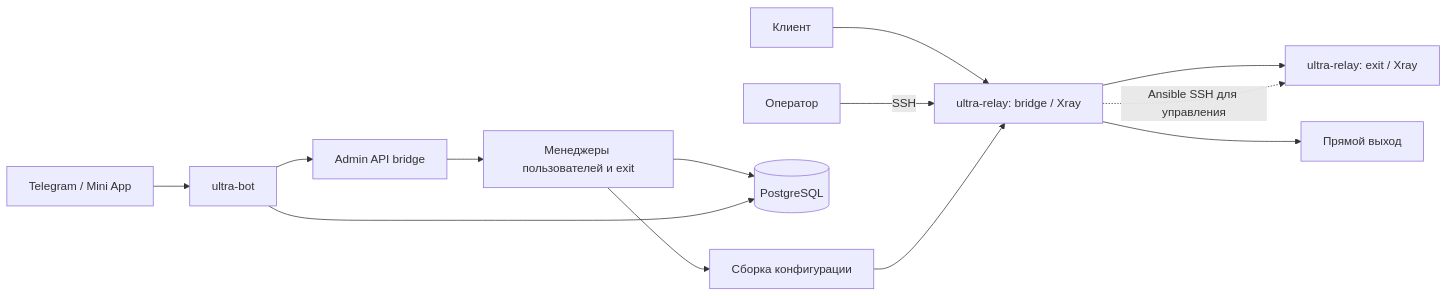
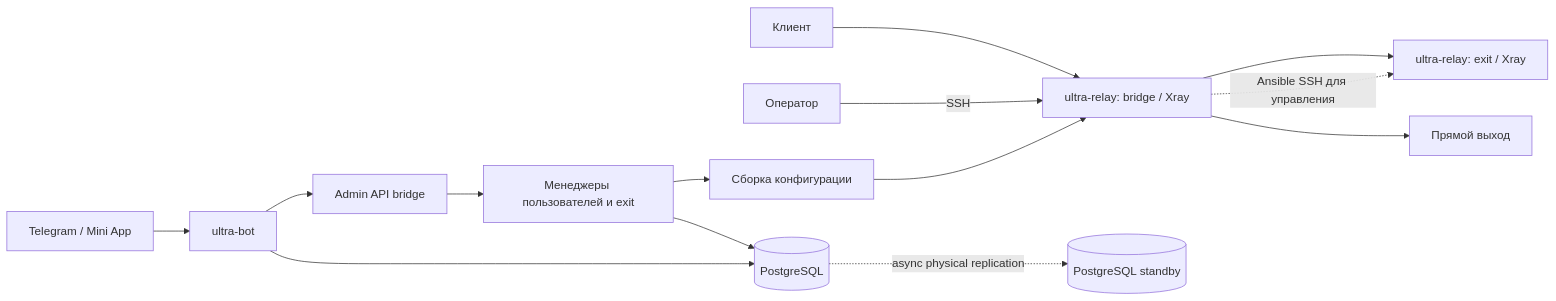
The diagram in docs/architecture.md (NikitaDmitryuk/ultra), drawn with Mermaid before and after one commit. The commit also changed other lines of this file and 22 other files, not shown here.

Commit message:
feat: add bridge postgres standby

````diff
--- a/docs/architecture.md
+++ b/docs/architecture.md
@@ -46,15 +46,16 @@
 ```mermaid
 flowchart LR
     Client[Клиент] --> Bridge[ultra-relay: bridge / Xray]
     Bridge --> Exit[ultra-relay: exit / Xray]
     Operator[Оператор] -->|SSH| Bridge
     Bridge -.->|Ansible SSH для управления| Exit
     Bridge --> Direct[Прямой выход]
     Telegram[Telegram / Mini App] --> Bot[ultra-bot]
     Bot --> API[Admin API bridge]
     API --> Managers[Менеджеры пользователей и exit]
     Managers --> DB[(PostgreSQL)]
+    DB -.->|async physical replication| BridgeReplica[(PostgreSQL standby)]
     Managers --> Config[Сборка конфигурации]
     Config --> Bridge
     Bot --> DB
 ```
````
